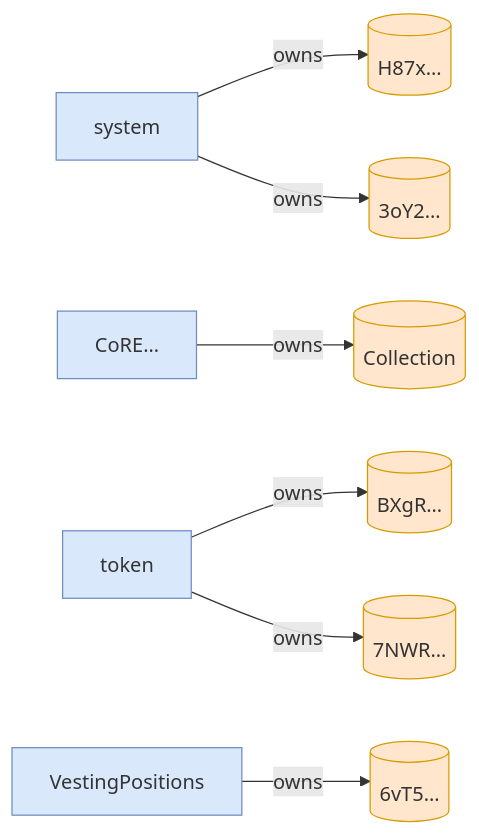
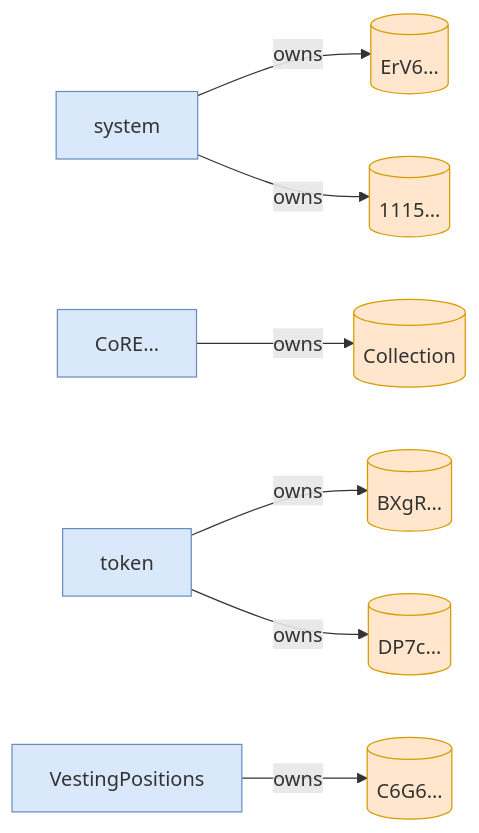
Before and after one commit to cds-turbin3/vesting-position: the third of 3 diagrams in babelfish-tests/test-report/scenario_8_wrong_asset_subsequent_claim_fails.md, drawn with Mermaid. The commit also changed other lines of this file and 50 other files, not shown here.

````diff
--- a/babelfish-tests/test-report/scenario_8_wrong_asset_subsequent_claim_fails.md
+++ b/babelfish-tests/test-report/scenario_8_wrong_asset_subsequent_claim_fails.md
@@ -72,22 +72,22 @@
 ```mermaid
 flowchart LR
     system["system"]:::program
-    H87x[("H87x…")]:::state
+    ErV6[("ErV6…")]:::state
     CoRE["CoRE…"]:::program
     Collection[("Collection")]:::state
     token["token"]:::program
     BXgR[("BXgR…")]:::state
-    7NWR[("7NWR…")]:::state
-    3oY2[("3oY2…")]:::state
+    DP7c[("DP7c…")]:::state
+    1115[("1115…")]:::state
     VestingPositions["VestingPositions"]:::program
-    6vT5[("6vT5…")]:::state
-    system -->|owns| H87x
+    C6G6[("C6G6…")]:::state
+    system -->|owns| ErV6
     CoRE -->|owns| Collection
     token -->|owns| BXgR
-    token -->|owns| 7NWR
-    system -->|owns| 3oY2
-    VestingPositions -->|owns| 6vT5
+    token -->|owns| DP7c
+    system -->|owns| 1115
+    VestingPositions -->|owns| C6G6
     classDef program fill:#dae8fc,stroke:#6c8ebf;
     classDef signer fill:#d5e8d4,stroke:#82b366;
     classDef state fill:#ffe6cc,stroke:#d79b00;
 ```
````
